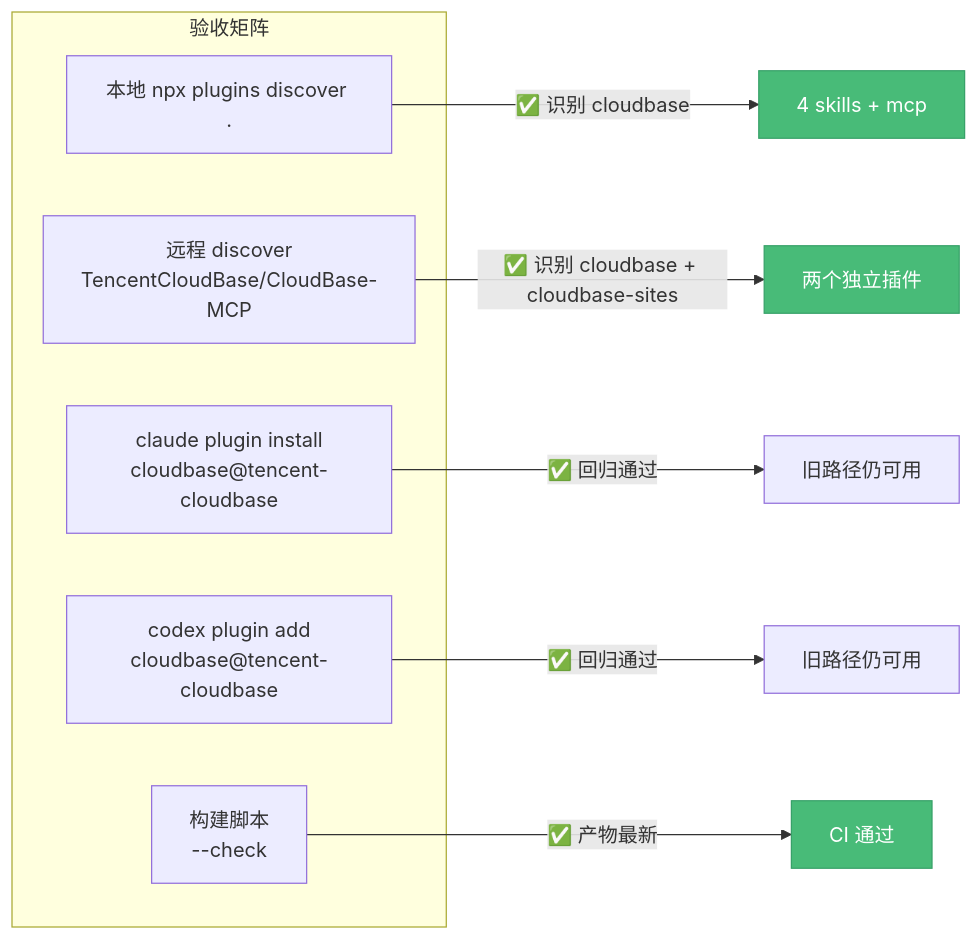
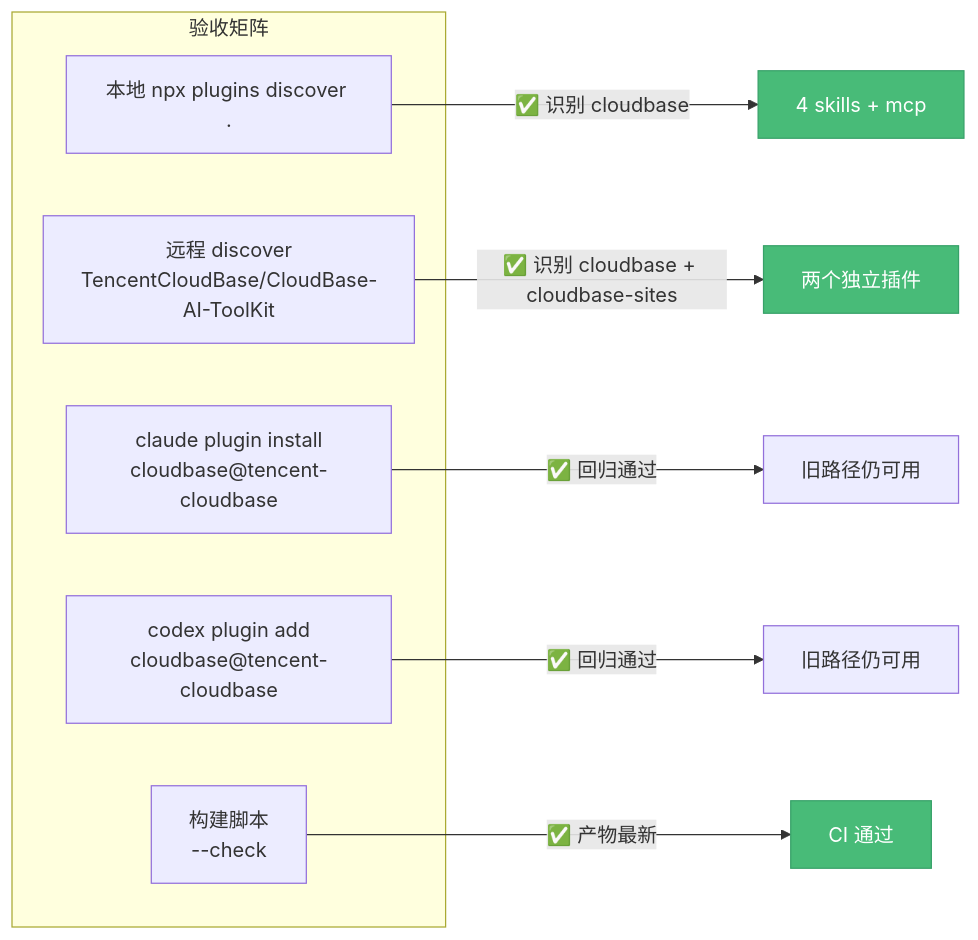
Before and after one commit to binggg/binggg.github.io: the sixth of 14 diagrams in blog/2026-07-18-open-plugins-standard/index.md, drawn with Mermaid. The commit also changed other lines of this file and 64 other files, not shown here.

````diff
--- a/blog/2026-07-18-open-plugins-standard/index.md
+++ b/blog/2026-07-18-open-plugins-standard/index.md
@@ -405,20 +405,20 @@
 ```mermaid
 flowchart LR
     subgraph 验收矩阵
         CHECK1[本地 npx plugins discover .]
-        CHECK2[远程 discover<br/>TencentCloudBase/CloudBase-MCP]
+        CHECK2[远程 discover<br/>TencentCloudBase/CloudBase-AI-ToolKit]
         CHECK3[claude plugin install<br/>cloudbase@tencent-cloudbase]
         CHECK4[codex plugin add<br/>cloudbase@tencent-cloudbase]
         CHECK5[构建脚本<br/>--check]
     end
 
     CHECK1 -->|✅ 识别 cloudbase| R1[4 skills + mcp]
     CHECK2 -->|✅ 识别 cloudbase + cloudbase-sites| R2[两个独立插件]
     CHECK3 -->|✅ 回归通过| R3[旧路径仍可用]
     CHECK4 -->|✅ 回归通过| R4[旧路径仍可用]
     CHECK5 -->|✅ 产物最新| R5[CI 通过]
 
     style R1 fill:#48bb78,stroke:#38a169,color:#fff
     style R2 fill:#48bb78,stroke:#38a169,color:#fff
     style R5 fill:#48bb78,stroke:#38a169,color:#fff
 ```
````
